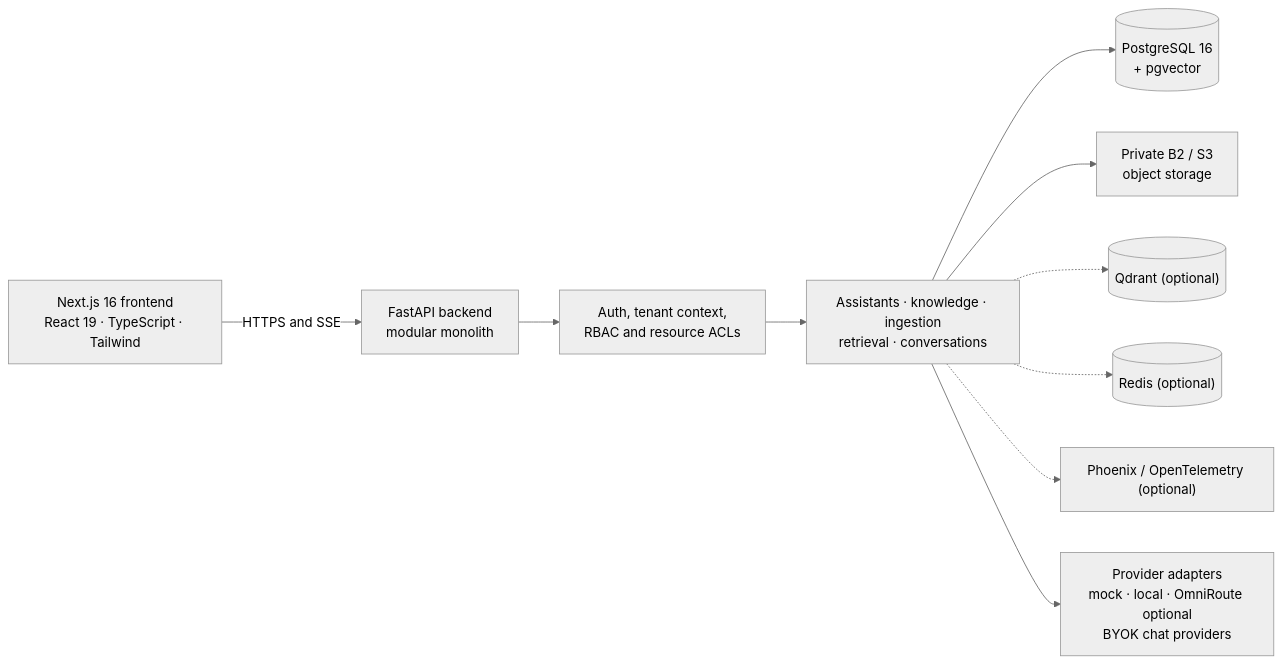
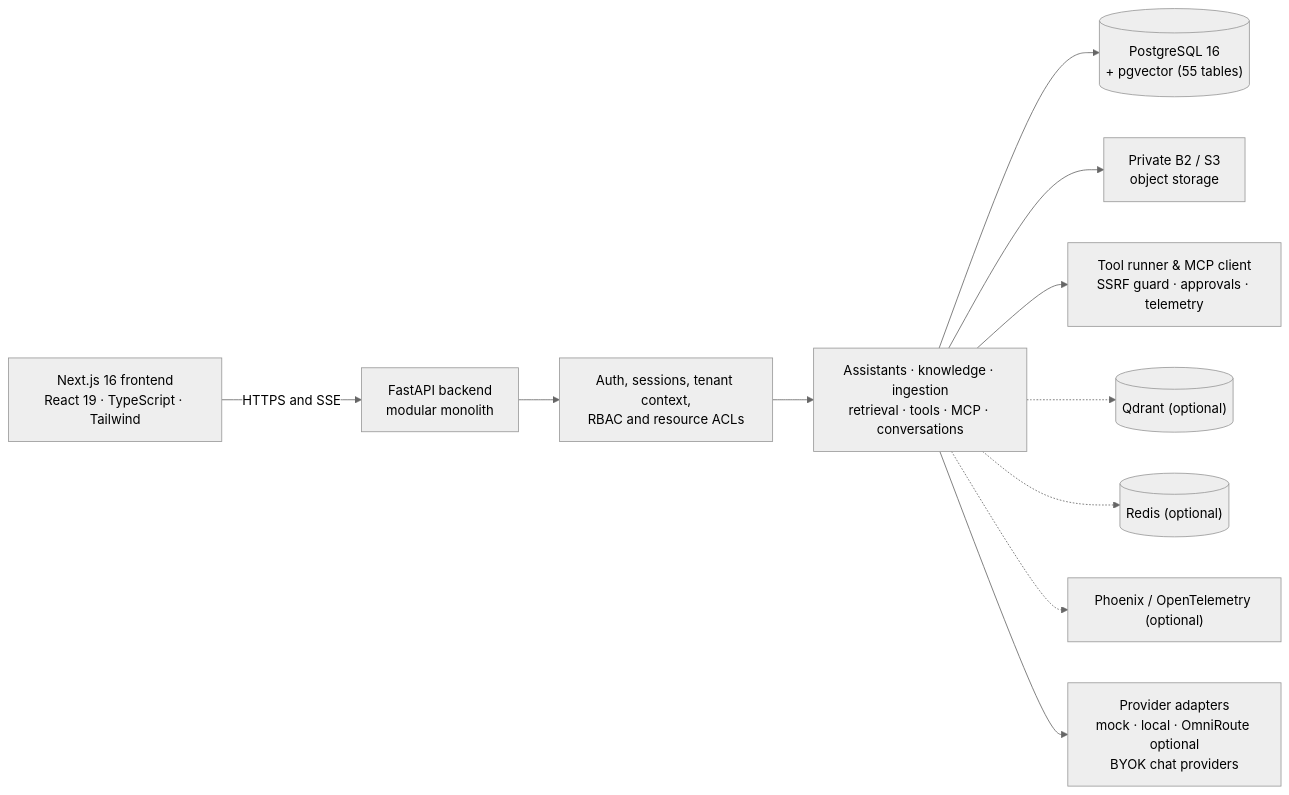
The first of 3 diagrams in README.md (mustafaabadshah/Multi-Tenant-AI-Platform-CaaS), drawn with Mermaid (neutral theme) before and after one commit. The commit also changed other lines of this file and 27 other files, not shown here.

````diff
--- a/README.md
+++ b/README.md
@@ -60,12 +65,13 @@
 ```mermaid
 flowchart LR
     FE["Next.js 16 frontend<br/>React 19 · TypeScript · Tailwind"] -->|HTTPS and SSE| API["FastAPI backend<br/>modular monolith"]
-    API --> CTX["Auth, tenant context,<br/>RBAC and resource ACLs"]
-    CTX --> DOM["Assistants · knowledge · ingestion<br/>retrieval · conversations"]
-    DOM --> PG[("PostgreSQL 16<br/>+ pgvector")]
+    API --> CTX["Auth, sessions, tenant context,<br/>RBAC and resource ACLs"]
+    CTX --> DOM["Assistants · knowledge · ingestion<br/>retrieval · tools · MCP · conversations"]
+    DOM --> PG[("PostgreSQL 16<br/>+ pgvector (55 tables)")]
     DOM --> OBJ["Private B2 / S3<br/>object storage"]
+    DOM --> TOOLS["Tool runner & MCP client<br/>SSRF guard · approvals · telemetry"]
     DOM -.-> QD[("Qdrant (optional)")]
     DOM -.-> RD[("Redis (optional)")]
     DOM -.-> PHX["Phoenix / OpenTelemetry (optional)"]
     DOM --> PROV["Provider adapters<br/>mock · local · OmniRoute optional<br/>BYOK chat providers"]
 ```
````
